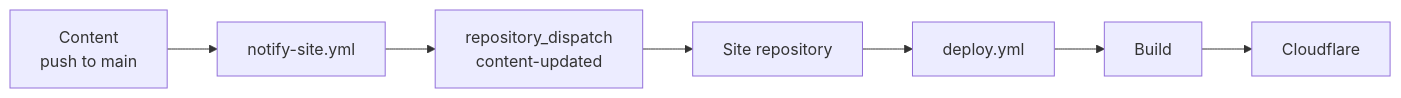
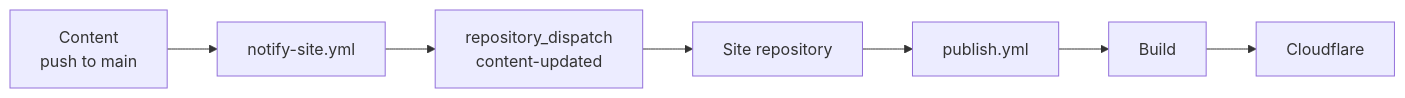
Before and after one commit to Rerurate514/riebeckite: the fifth of 11 diagrams in docs/docs/guides/deployment/github-actions.md, drawn with Mermaid. The commit also changed other lines of this file and 55 other files, not shown here.

````diff
--- a/docs/docs/guides/deployment/github-actions.md
+++ b/docs/docs/guides/deployment/github-actions.md
@@ -293,17 +293,17 @@
 ```mermaid
 flowchart LR
     Push["Content<br/>push to main"]
     Notify["notify-site.yml"]
     Dispatch["repository_dispatch<br/>content-updated"]
     Site["Site repository"]
-    Workflow["deploy.yml"]
+    Workflow["publish.yml"]
     Build["Build"]
     Deploy["Cloudflare"]
 
     Push --> Notify
     Notify --> Dispatch
     Dispatch --> Site
     Site --> Workflow
     Workflow --> Build
     Build --> Deploy
 ```
````
